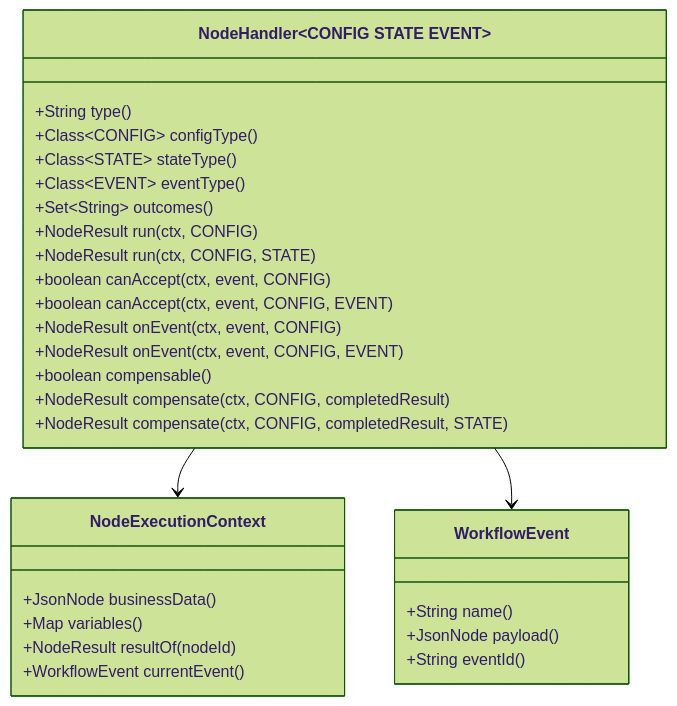
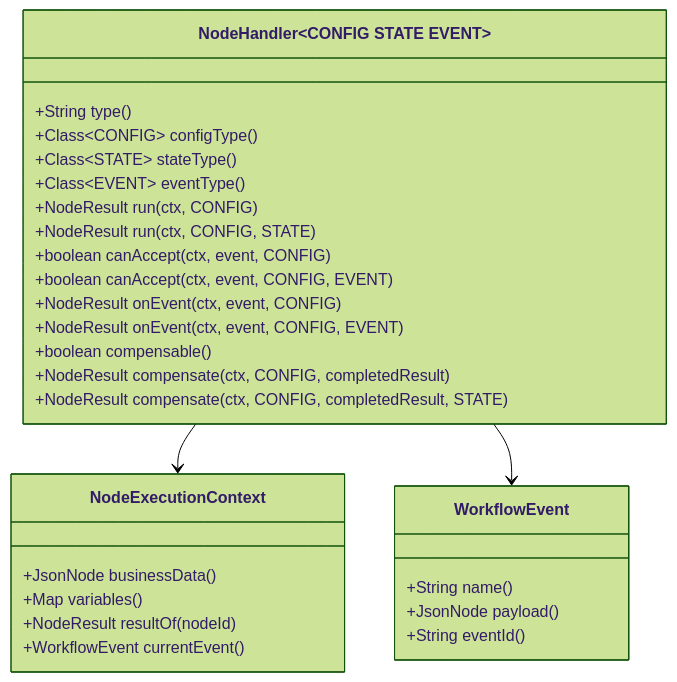
Before and after one commit to michelleclar/Infrastructure: diagram 11 of 23 in infrastructure-component-workflow-core/docs/CALL_GRAPH.md, drawn with Mermaid (forest theme). The commit also changed other lines of this file and 58 other files, not shown here.

````diff
--- a/infrastructure-component-workflow-core/docs/CALL_GRAPH.md
+++ b/infrastructure-component-workflow-core/docs/CALL_GRAPH.md
@@ -351,32 +347,31 @@
 ```mermaid
 classDiagram
     class NodeHandler~CONFIG STATE EVENT~ {
         +String type()
         +Class~CONFIG~ configType()
         +Class~STATE~ stateType()
         +Class~EVENT~ eventType()
-        +Set~String~ outcomes()
         +NodeResult run(ctx, CONFIG)
         +NodeResult run(ctx, CONFIG, STATE)
         +boolean canAccept(ctx, event, CONFIG)
         +boolean canAccept(ctx, event, CONFIG, EVENT)
         +NodeResult onEvent(ctx, event, CONFIG)
         +NodeResult onEvent(ctx, event, CONFIG, EVENT)
         +boolean compensable()
         +NodeResult compensate(ctx, CONFIG, completedResult)
         +NodeResult compensate(ctx, CONFIG, completedResult, STATE)
     }
     class NodeExecutionContext {
         +JsonNode businessData()
         +Map variables()
         +NodeResult resultOf(nodeId)
         +WorkflowEvent currentEvent()
     }
     class WorkflowEvent {
         +String name()
         +JsonNode payload()
         +String eventId()
     }
     NodeHandler --> NodeExecutionContext
     NodeHandler --> WorkflowEvent
 ```
````
